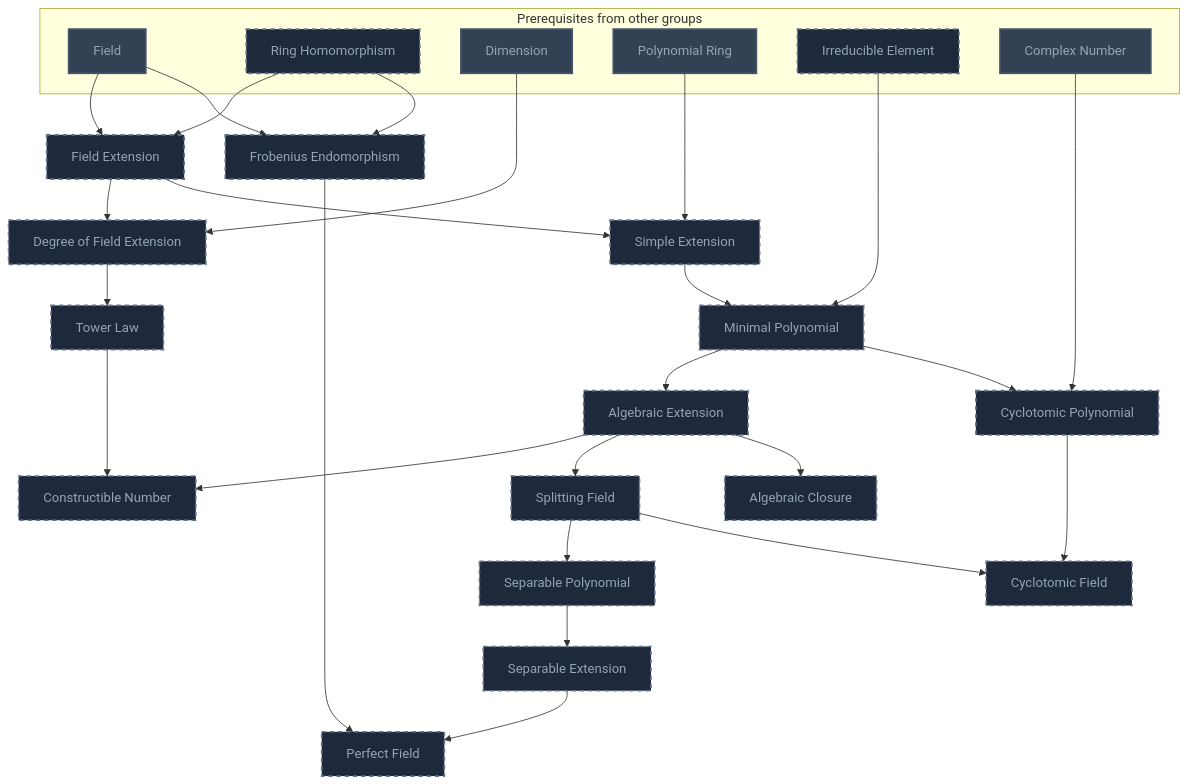
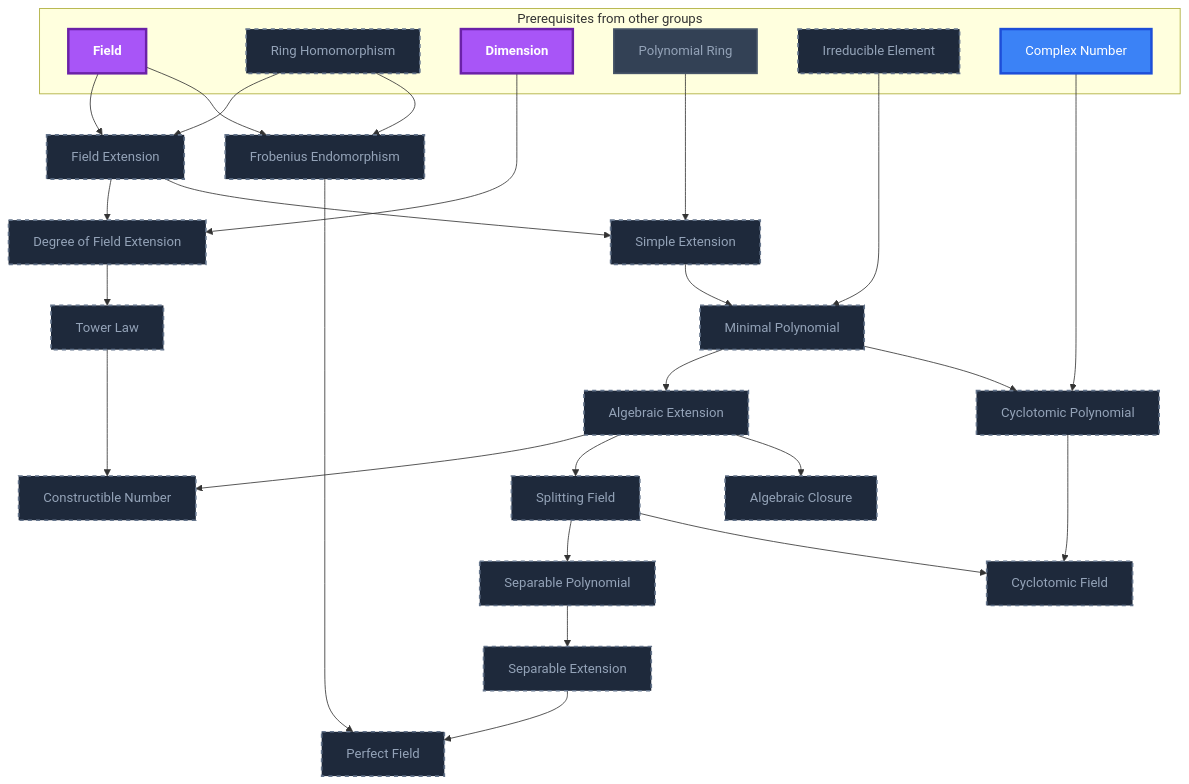
Before and after one commit to MRauf1/My-Notes: diagram 14 of 20 in Gamification/Skill Trees/Abstract Algebra.md, drawn with Mermaid. The commit also changed other lines of this file and 57 other files, not shown here.

````diff
--- a/Gamification/Skill Trees/Abstract Algebra.md
+++ b/Gamification/Skill Trees/Abstract Algebra.md
@@ -939,62 +955,64 @@
 ```mermaid
 flowchart TD
     classDef planned fill:#1E293B,stroke:#64748B,stroke-width:2px,stroke-dasharray:5 5,color:#94A3B8;
     classDef locked fill:#334155,stroke:#475569,stroke-width:2px,color:#94A3B8;
     classDef L0 fill:#F1F5F9,stroke:#94A3B8,stroke-width:2px,color:#000000;
     classDef L1 fill:#22C55E,stroke:#15803D,stroke-width:2px,color:#000000;
     classDef L2 fill:#3B82F6,stroke:#1D4ED8,stroke-width:3px,color:#FFFFFF;
     classDef L3 fill:#A855F7,stroke:#6B21A8,stroke-width:3px,color:#FFFFFF,font-weight:bold;
     classDef L4 fill:#F97316,stroke:#C2410C,stroke-width:4px,color:#000000,font-weight:bold;
     classDef L5 fill:#FFD700,stroke:#FF8C00,stroke-width:5px,color:#000000,font-weight:bold;
     classDef rusty stroke:#8B4513,stroke-width:4px,stroke-dasharray:3 3;
     subgraph sg_prereqs["Prerequisites from other groups"]
         n_field["Field"]
         n_ring_homomorphism["Ring Homomorphism"]
         n_dimension["Dimension"]
         n_polynomial_ring["Polynomial Ring"]
         n_irreducible_element["Irreducible Element"]
         n_complex_number["Complex Number"]
     end
     n_field_extension["Field Extension"]
     n_degree_of_field_extension["Degree of Field Extension"]
     n_simple_extension["Simple Extension"]
     n_minimal_polynomial["Minimal Polynomial"]
     n_algebraic_extension["Algebraic Extension"]
     n_tower_law["Tower Law"]
     n_constructible_number["Constructible Number"]
     n_splitting_field["Splitting Field"]
     n_algebraic_closure["Algebraic Closure"]
     n_separable_polynomial["Separable Polynomial"]
     n_separable_extension["Separable Extension"]
     n_frobenius_endomorphism["Frobenius Endomorphism"]
     n_perfect_field["Perfect Field"]
     n_cyclotomic_polynomial["Cyclotomic Polynomial"]
     n_cyclotomic_field["Cyclotomic Field"]
     n_field --> n_field_extension
     n_ring_homomorphism --> n_field_extension
     n_field_extension --> n_degree_of_field_extension
     n_dimension --> n_degree_of_field_extension
     n_field_extension --> n_simple_extension
     n_polynomial_ring --> n_simple_extension
     n_simple_extension --> n_minimal_polynomial
     n_irreducible_element --> n_minimal_polynomial
     n_minimal_polynomial --> n_algebraic_extension
     n_degree_of_field_extension --> n_tower_law
     n_tower_law --> n_constructible_number
     n_algebraic_extension --> n_constructible_number
     n_algebraic_extension --> n_splitting_field
     n_algebraic_extension --> n_algebraic_closure
     n_splitting_field --> n_separable_polynomial
     n_separable_polynomial --> n_separable_extension
     n_field --> n_frobenius_endomorphism
     n_ring_homomorphism --> n_frobenius_endomorphism
     n_separable_extension --> n_perfect_field
     n_frobenius_endomorphism --> n_perfect_field
     n_minimal_polynomial --> n_cyclotomic_polynomial
     n_complex_number --> n_cyclotomic_polynomial
     n_cyclotomic_polynomial --> n_cyclotomic_field
     n_splitting_field --> n_cyclotomic_field
     class n_ring_homomorphism,n_irreducible_element,n_field_extension,n_degree_of_field_extension,n_simple_extension,n_minimal_polynomial,n_algebraic_extension,n_tower_law,n_constructible_number,n_splitting_field,n_algebraic_closure,n_separable_polynomial,n_separable_extension,n_frobenius_endomorphism,n_perfect_field,n_cyclotomic_polynomial,n_cyclotomic_field planned;
-    class n_field,n_dimension,n_polynomial_ring,n_complex_number locked;
+    class n_polynomial_ring locked;
+    class n_complex_number L2;
+    class n_field,n_dimension L3;
     class n_field,n_dimension,n_polynomial_ring,n_complex_number internal-link;
 ```
````
